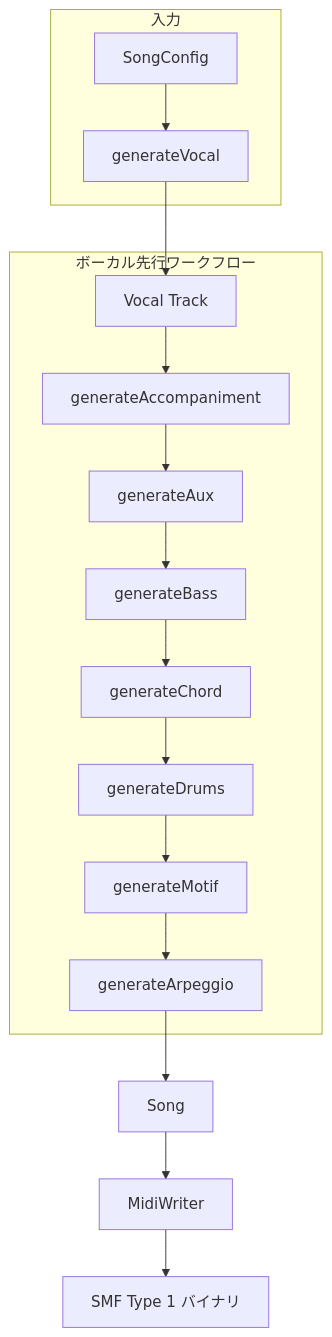
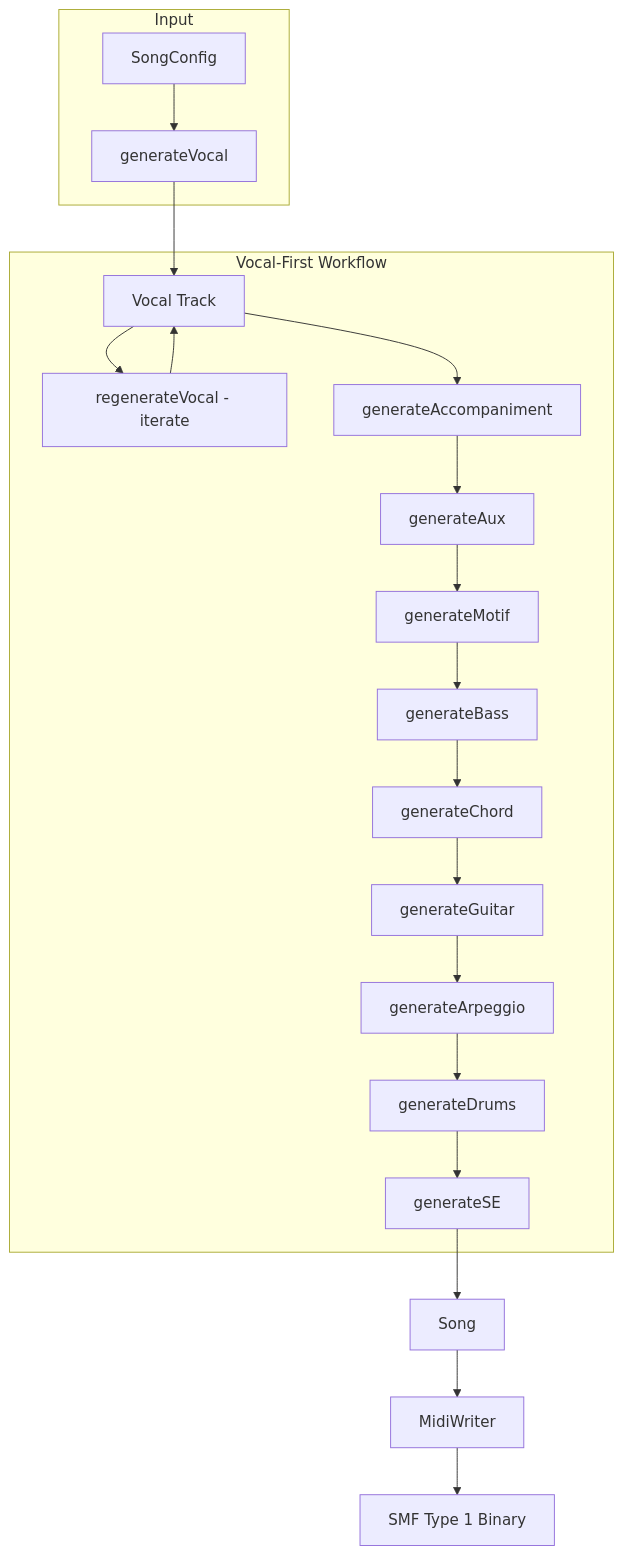
One commit to libraz/midi-sketch-homepage changed the second of 2 diagrams in src/ja/docs/architecture.md. Above: the diagram before and after it, drawn with Mermaid. The commit also changed other lines of this file and 24 other files, not shown here.

````diff
--- a/src/ja/docs/architecture.md
+++ b/src/ja/docs/architecture.md
@@ -145,21 +161,25 @@
 ```mermaid
 flowchart TD
-    subgraph Input ["入力"]
+    subgraph Input
         C[SongConfig] --> GV
     end
 
-    subgraph VocalFirst ["ボーカル先行ワークフロー"]
+    subgraph VocalFirst ["Vocal-First Workflow"]
         GV[generateVocal] --> V[Vocal Track]
+        V --> RV[regenerateVocal - iterate]
+        RV --> V
         V --> GA[generateAccompaniment]
         GA --> S1[generateAux]
-        S1 --> S2[generateBass]
-        S2 --> S3[generateChord]
-        S3 --> S4[generateDrums]
-        S4 --> S5[generateMotif]
+        S1 --> S2[generateMotif]
+        S2 --> S3[generateBass]
+        S3 --> S4[generateChord]
+        S4 --> S5[generateGuitar]
         S5 --> S6[generateArpeggio]
+        S6 --> S7[generateDrums]
+        S7 --> S8[generateSE]
     end
 
-    S6 --> Song
+    S8 --> Song
     Song --> MW[MidiWriter]
-    MW --> MIDI["SMF Type 1 バイナリ"]
+    MW --> MIDI["SMF Type 1 Binary"]
 ```
````
